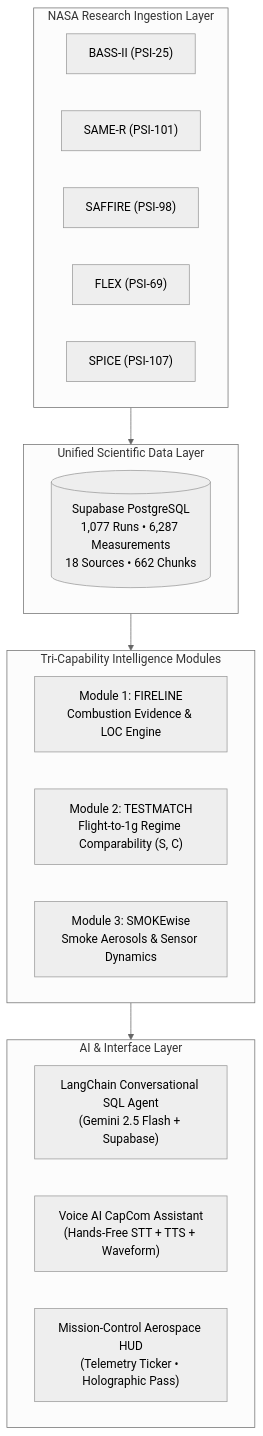
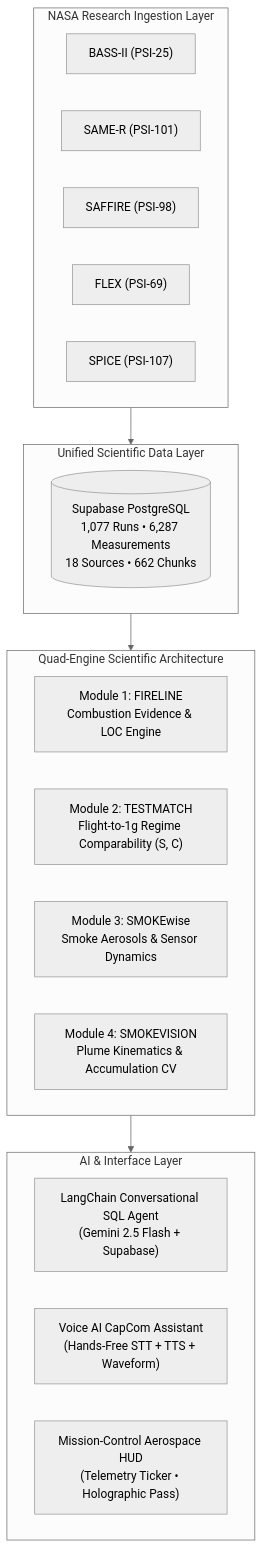
One commit to Qudit-Labs/Astro_Sapien changed the diagram in README.md. Above: the diagram before and after it, drawn with Mermaid (neutral theme). The commit also changed other lines of this file and 25 other files, not shown here.

Commit message:
feat: Add Module 4 SMOKEVISION - Real-time microgravity smoke plume CV & accumulation surveillance engine

````diff
--- a/README.md
+++ b/README.md
@@ -27,30 +27,31 @@
 ```mermaid
 flowchart TD
     subgraph NASA_Data ["NASA Research Ingestion Layer"]
         BASS["BASS-II (PSI-25)"]
         SAMER["SAME-R (PSI-101)"]
         SAFFIRE["SAFFIRE (PSI-98)"]
         FLEX["FLEX (PSI-69)"]
         SPICE["SPICE (PSI-107)"]
     end
 
     subgraph Core_Storage ["Unified Scientific Data Layer"]
         DB[("Supabase PostgreSQL\n1,077 Runs • 6,287 Measurements\n18 Sources • 662 Chunks")]
     end
 
-    subgraph Analytical_Pillars ["Tri-Capability Intelligence Modules"]
+    subgraph Analytical_Pillars ["Quad-Engine Scientific Architecture"]
         M1["Module 1: FIRELINE\nCombustion Evidence & LOC Engine"]
         M2["Module 2: TESTMATCH\nFlight-to-1g Regime Comparability (S, C)"]
         M3["Module 3: SMOKEwise\nSmoke Aerosols & Sensor Dynamics"]
+        M4["Module 4: SMOKEVISION\nPlume Kinematics & Accumulation CV"]
     end
 
     subgraph Intelligence_Layer ["AI & Interface Layer"]
         SQLAgent["LangChain Conversational SQL Agent\n(Gemini 2.5 Flash + Supabase)"]
         VoiceAI["Voice AI CapCom Assistant\n(Hands-Free STT + TTS + Waveform)"]
         HUD["Mission-Control Aerospace HUD\n(Telemetry Ticker • Holographic Pass)"]
     end
 
     NASA_Data --> Core_Storage
     Core_Storage --> Analytical_Pillars
     Analytical_Pillars --> Intelligence_Layer
 ```
````
